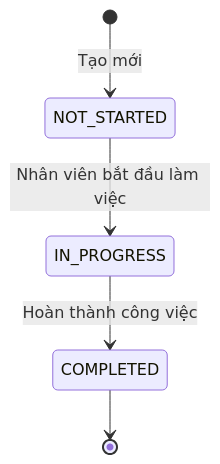
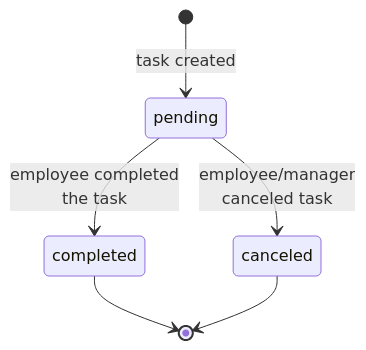
Before and after one commit to nnminh-sam/trip-sync-microservices: the second of 3 diagrams in docs/state-diagram.md, drawn with Mermaid. The commit also changed other lines of this file and 3 other files, not shown here.

````diff
--- a/docs/state-diagram.md
+++ b/docs/state-diagram.md
@@ -22,7 +23,8 @@
 ```mermaid
 stateDiagram-v2
-    [*] --> NOT_STARTED: Tạo mới
-    NOT_STARTED --> IN_PROGRESS: Nhân viên bắt đầu làm việc
-    IN_PROGRESS --> COMPLETED: Hoàn thành công việc
-    COMPLETED --> [*]
+    [*] --> pending: task created
+    pending --> completed: employee completed<br/>the task
+    pending --> canceled: employee/manager<br/>canceled task
+    completed --> [*]
+    canceled --> [*]
 ```
````
